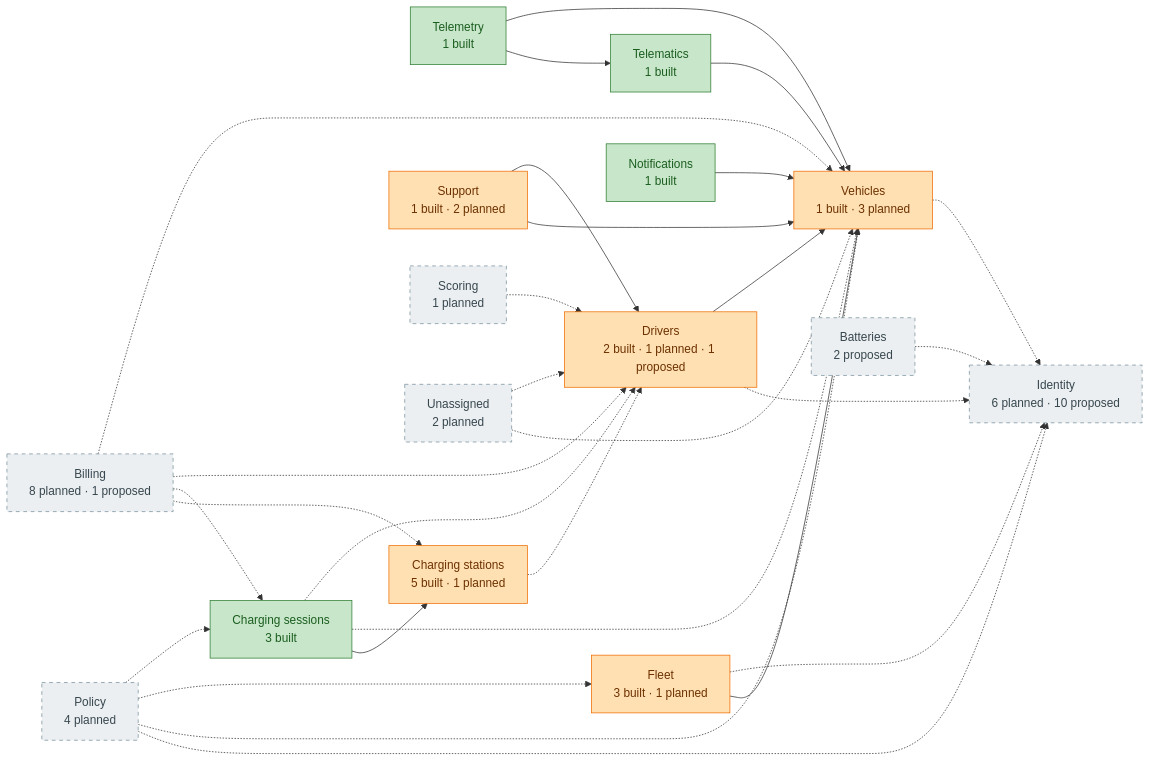
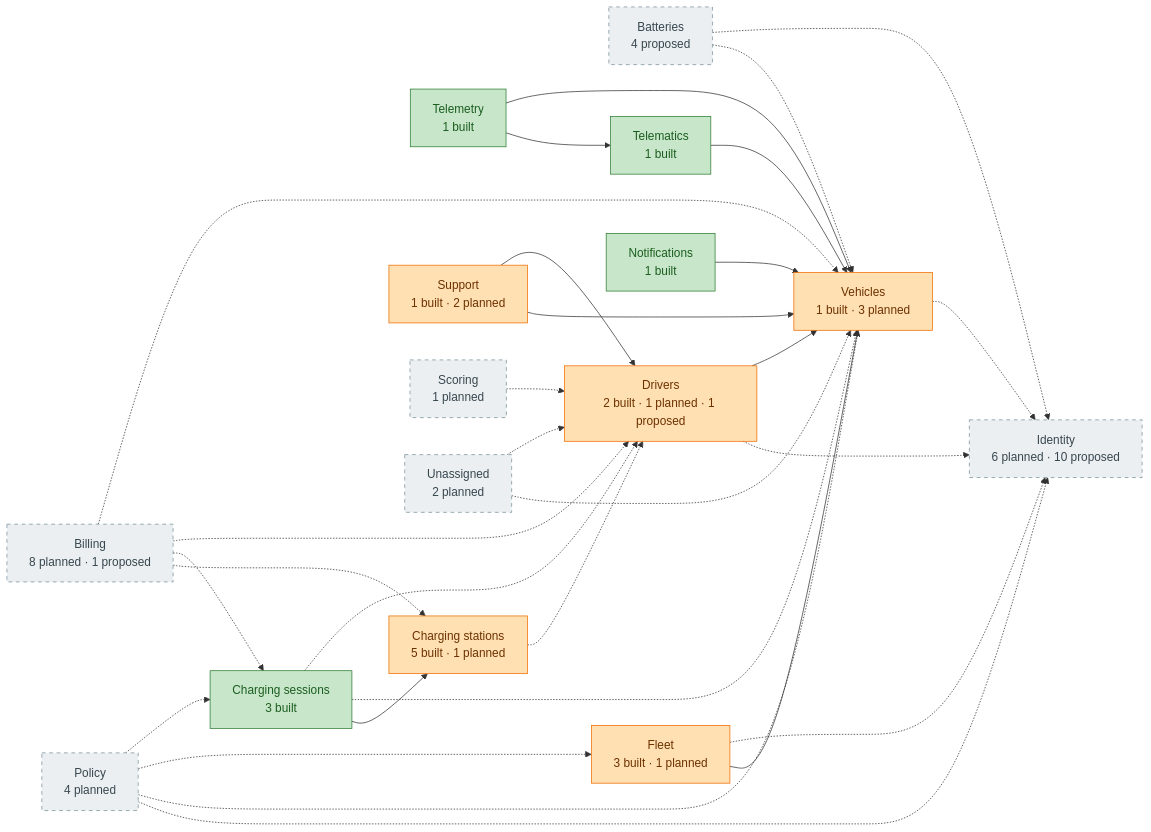
The diagram in docs/design/domain-model/overview.md (yolo-coccoc/G3Network-app), drawn with Mermaid before and after one commit. The commit also changed other lines of this file and 21 other files, not shown here.

````diff
--- a/docs/design/domain-model/overview.md
+++ b/docs/design/domain-model/overview.md
@@ -28,48 +28,49 @@
 ```mermaid
 flowchart LR
   identity["Identity<br/>6 planned · 10 proposed"]:::planned
   vehicles["Vehicles<br/>1 built · 3 planned"]:::partial
-  batteries["Batteries<br/>2 proposed"]:::planned
+  batteries["Batteries<br/>4 proposed"]:::planned
   telematics["Telematics<br/>1 built"]:::built
   telemetry["Telemetry<br/>1 built"]:::built
   drivers["Drivers<br/>2 built · 1 planned · 1 proposed"]:::partial
   fleet["Fleet<br/>3 built · 1 planned"]:::partial
   charging_stations["Charging stations<br/>5 built · 1 planned"]:::partial
   charging_sessions["Charging sessions<br/>3 built"]:::built
   notifications["Notifications<br/>1 built"]:::built
   support["Support<br/>1 built · 2 planned"]:::partial
   policy["Policy<br/>4 planned"]:::planned
   billing["Billing<br/>8 planned · 1 proposed"]:::planned
   scoring["Scoring<br/>1 planned"]:::planned
   unassigned["Unassigned<br/>2 planned"]:::planned
+  batteries -.-> vehicles
   telematics --> vehicles
   telemetry --> telematics
   telemetry --> vehicles
   drivers -.-> identity
   drivers --> vehicles
   fleet --> vehicles
   fleet -.-> identity
   charging_stations -.-> drivers
   charging_sessions --> charging_stations
   charging_sessions -.-> vehicles
   charging_sessions -.-> drivers
   notifications --> vehicles
   support --> vehicles
   support --> drivers
   policy -.-> identity
   policy -.-> vehicles
   policy -.-> fleet
   policy -.-> charging_sessions
   billing -.-> charging_stations
   billing -.-> charging_sessions
   billing -.-> drivers
   billing -.-> vehicles
   scoring -.-> drivers
   unassigned -.-> vehicles
   unassigned -.-> drivers
   vehicles -.-> identity
   batteries -.-> identity
   classDef built fill:#C8E6C9,stroke:#2E7D32,color:#1B5E20
   classDef partial fill:#FFE0B2,stroke:#EF6C00,color:#6D3100
   classDef planned fill:#ECEFF1,stroke:#78909C,color:#37474F,stroke-dasharray:5 5
 ```
````
